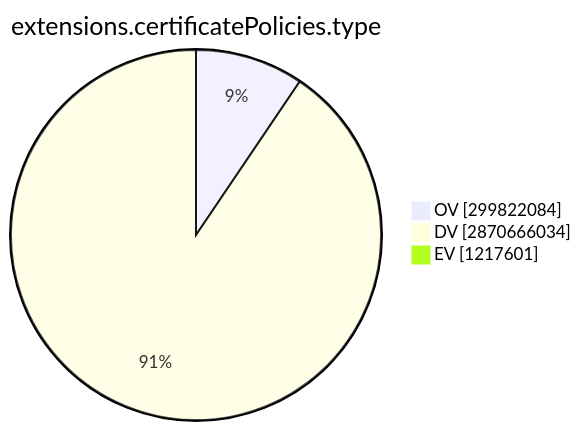
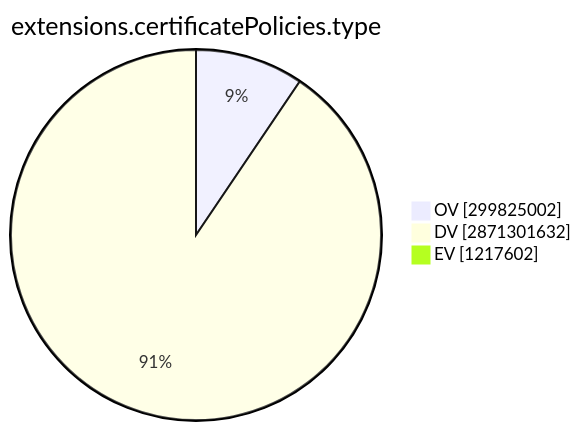
Before and after one commit to christiankrug/ctmonitor_visualization: the ninth of 15 diagrams in TOTAL/README.md, drawn with Mermaid. The commit also changed other lines of this file, not shown here.

````diff
--- a/TOTAL/README.md
+++ b/TOTAL/README.md
@@ -3101,7 +3101,7 @@
 ```mermaid
 pie showData
 title extensions.certificatePolicies.type
-"OV" :299822084
-"DV" :2870666034
-"EV" :1217601
+"OV" :299825002
+"DV" :2871301632
+"EV" :1217602
 ```
````
